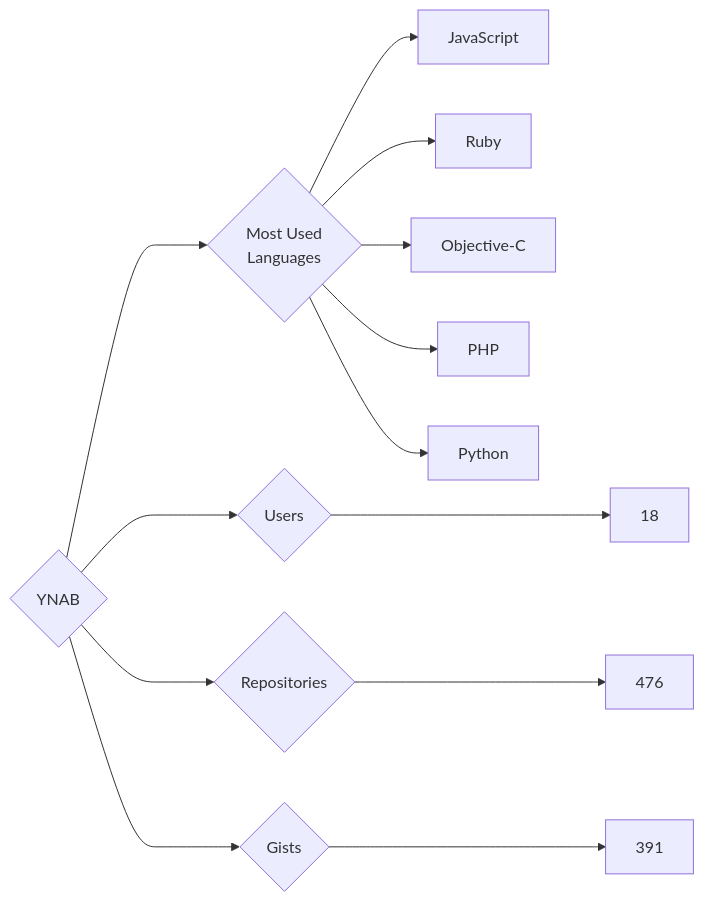
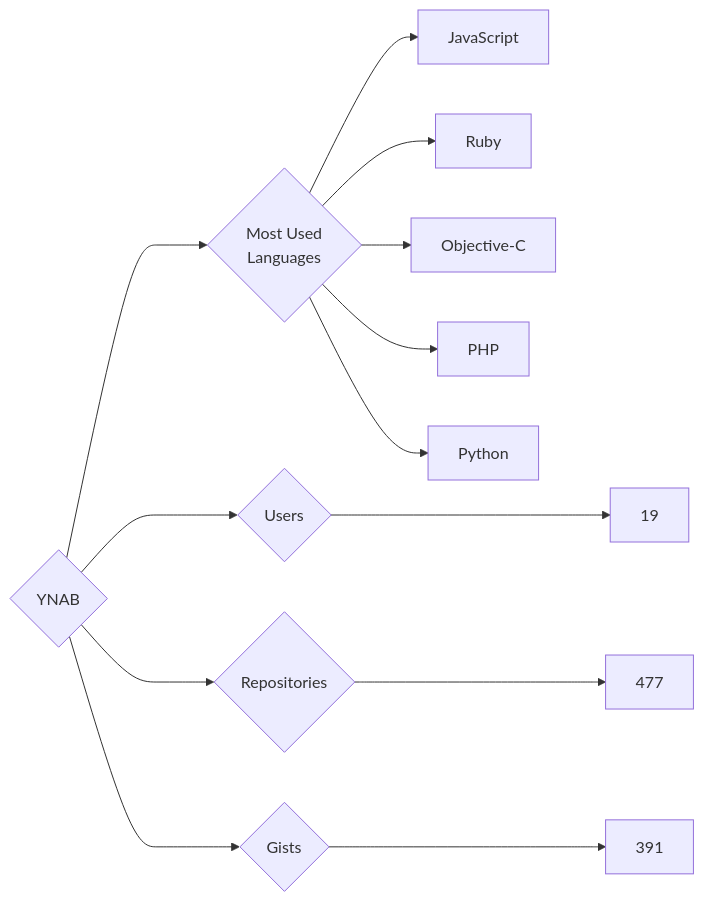
The diagram in targets/YNAB/README.md (trickest/insiders), drawn with Mermaid before and after one commit. The commit also changed 725 other files, not shown here.

````diff
--- a/targets/YNAB/README.md
+++ b/targets/YNAB/README.md
@@ -3,13 +3,13 @@
 ```mermaid
 graph LR
 COMPANY_NAME{YNAB}
-COMPANY_NAME ---> U{Users} ---> UN[18]
-COMPANY_NAME ---> R{Repositories} ---> RN[476]
+COMPANY_NAME ---> U{Users} ---> UN[19]
+COMPANY_NAME ---> R{Repositories} ---> RN[477]
 COMPANY_NAME ---> G{Gists} ---> GN[391]
 COMPANY_NAME ---> ML{Most Used<br>Languages}
 ML --> JavaScript[JavaScript]
 ML --> Ruby[Ruby]
 ML --> Objective-C[Objective-C]
 ML --> PHP[PHP]
 ML --> Python[Python]
 ```
````
